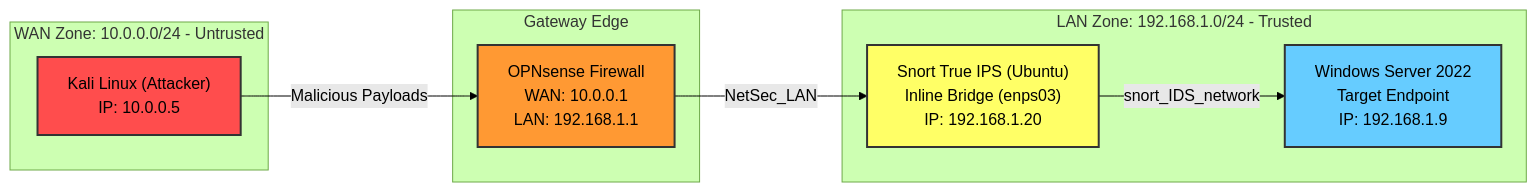
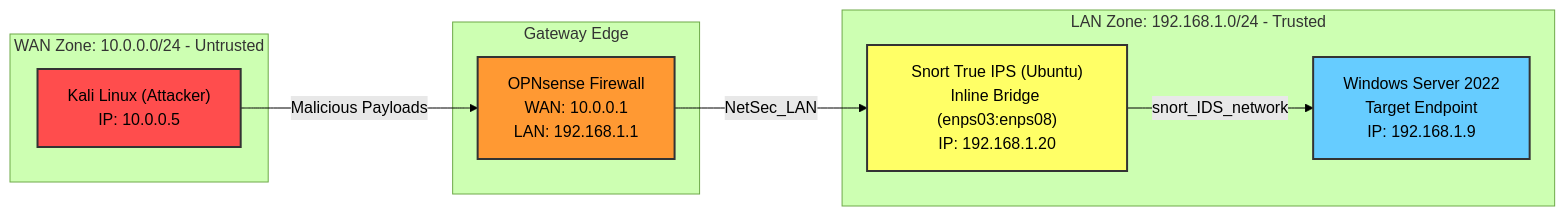
The diagram in README.md (Harisankar-01/Network-Security-Hardening-Lab), drawn with Mermaid (forest theme) before and after one commit.

````diff
--- a/README.md
+++ b/README.md
@@ -20,24 +20,24 @@
 ```mermaid
 flowchart LR
     subgraph WAN [WAN Zone: 10.0.0.0/24 - Untrusted]
         KALI["Kali Linux (Attacker)<br/>IP: 10.0.0.5"]
     end
 
     subgraph Perimeter [Gateway Edge]
         FW["OPNsense Firewall<br/>WAN: 10.0.0.1<br/>LAN: 192.168.1.1"]
     end
 
     subgraph LAN [LAN Zone: 192.168.1.0/24 - Trusted]
-        SNORT["Snort True IPS (Ubuntu)<br/>Inline Bridge (enps03)<br/>IP: 192.168.1.20"]
+        SNORT["Snort True IPS (Ubuntu)<br/>Inline Bridge (enps03:enps08)<br/>IP: 192.168.1.20"]
         WIN["Windows Server 2022<br/>Target Endpoint<br/>IP: 192.168.1.9"]
     end
 
     KALI -- "Malicious Payloads" --> FW
     FW -- "NetSec_LAN" --> SNORT
     SNORT -- "snort_IDS_network" --> WIN
 
     style KALI fill:#ff4d4d,stroke:#333,stroke-width:2px,color:#000
     style FW fill:#ff9933,stroke:#333,stroke-width:2px,color:#000
     style SNORT fill:#ffff66,stroke:#333,stroke-width:2px,color:#000
     style WIN fill:#66ccff,stroke:#333,stroke-width:2px,color:#000
 ```
````
